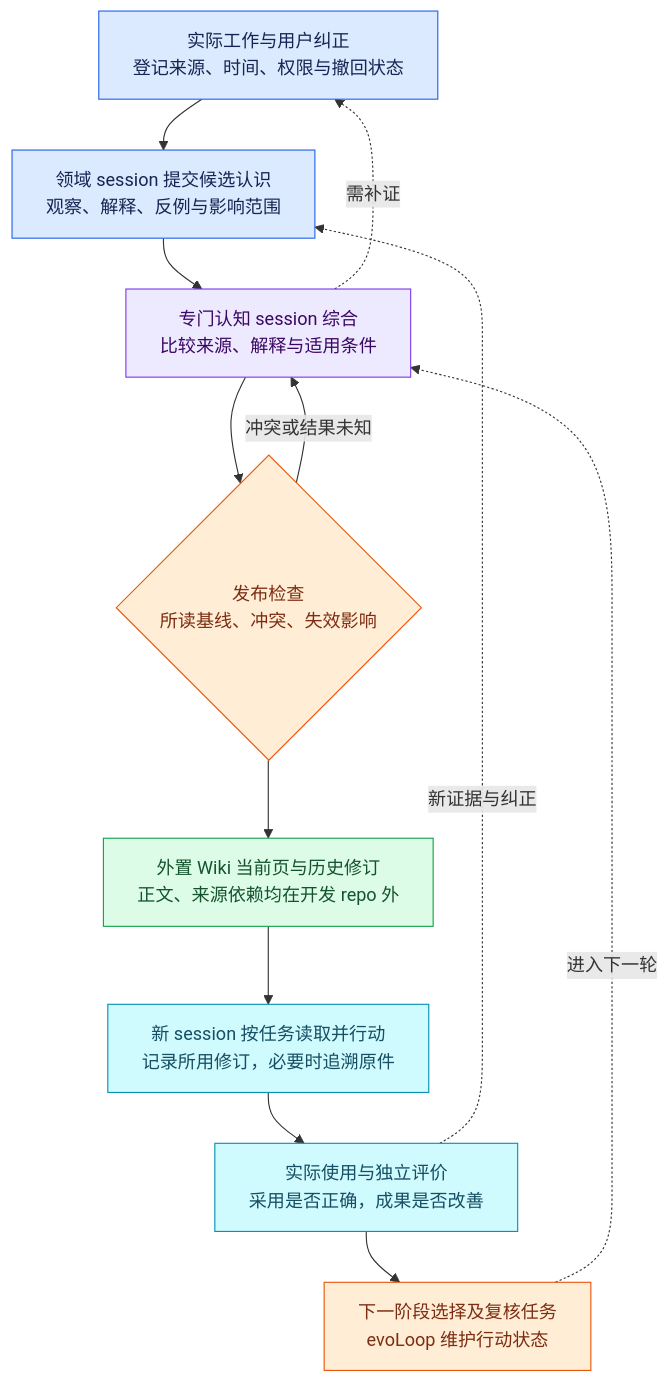
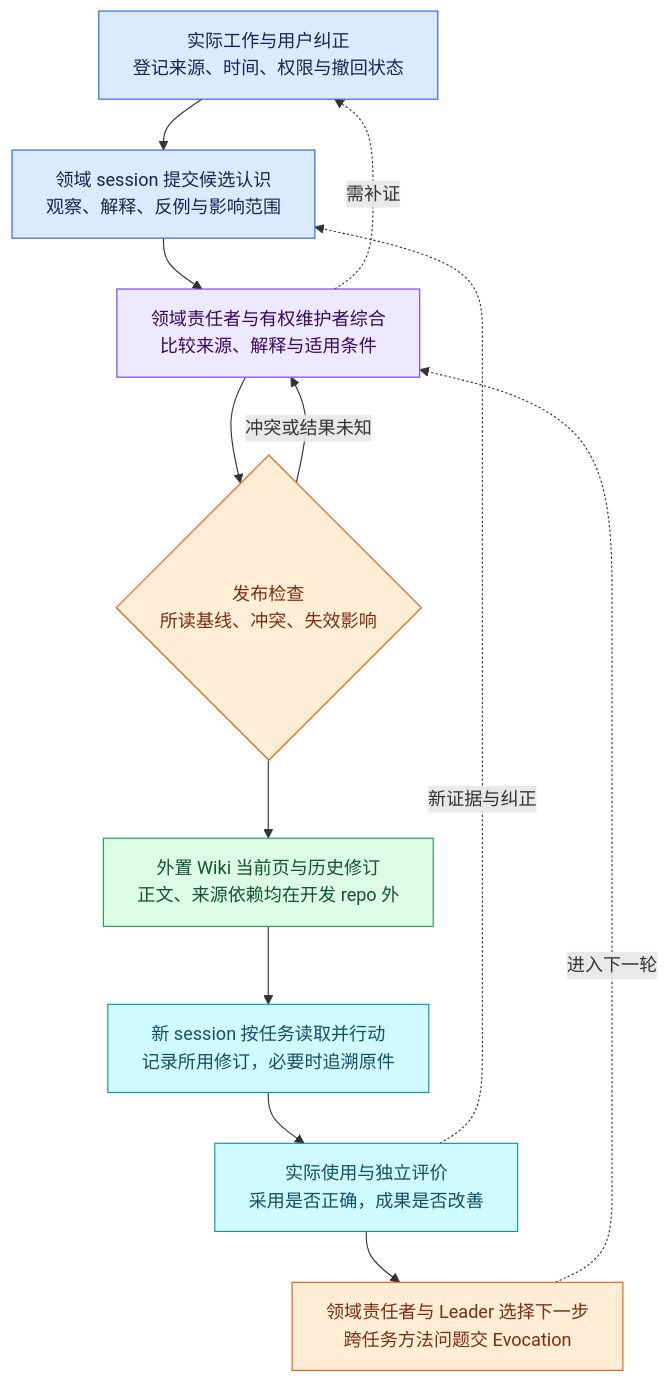
One commit to cyl19970726/evoLoop changed the diagram in docs/product/wiki-evaluation.md. Above: the diagram before and after it, drawn with Mermaid. The commit also changed other lines of this file and 27 other files, not shown here.

````diff
--- a/docs/product/wiki-evaluation.md
+++ b/docs/product/wiki-evaluation.md
@@ -33,22 +33,22 @@
 ```mermaid
 %%{init: {"flowchart":{"wrappingWidth":260,"nodeSpacing":35,"rankSpacing":45}}}%%
 flowchart TB
   A["实际工作与用户纠正<br/>登记来源、时间、权限与撤回状态"]:::input
   B["领域 session 提交候选认识<br/>观察、解释、反例与影响范围"]:::input
-  C["专门认知 session 综合<br/>比较来源、解释与适用条件"]:::reason
+  C["领域责任者与有权维护者综合<br/>比较来源、解释与适用条件"]:::reason
   P{"发布检查<br/>所读基线、冲突、失效影响"}:::control
   D["外置 Wiki 当前页与历史修订<br/>正文、来源依赖均在开发 repo 外"]:::store
   F["新 session 按任务读取并行动<br/>记录所用修订，必要时追溯原件"]:::consumer
   G["实际使用与独立评价<br/>采用是否正确，成果是否改善"]:::consumer
-  T["下一阶段选择及复核任务<br/>evoLoop 维护行动状态"]:::control
+  T["领域责任者与 Leader 选择下一步<br/>跨任务方法问题交 Evocation"]:::control
   A --> B --> C --> P --> D --> F --> G --> T
   C -.->|需补证| A
   P -->|冲突或结果未知| C
   G -.->|新证据与纠正| B
   T -.->|进入下一轮| C
   classDef input fill:#dbeafe,stroke:#2563eb,color:#172554
   classDef reason fill:#ede9fe,stroke:#7c3aed,color:#3b0764
   classDef store fill:#dcfce7,stroke:#16a34a,color:#14532d
   classDef consumer fill:#cffafe,stroke:#0891b2,color:#164e63
   classDef control fill:#ffedd5,stroke:#ea580c,color:#7c2d12
 ```
````
